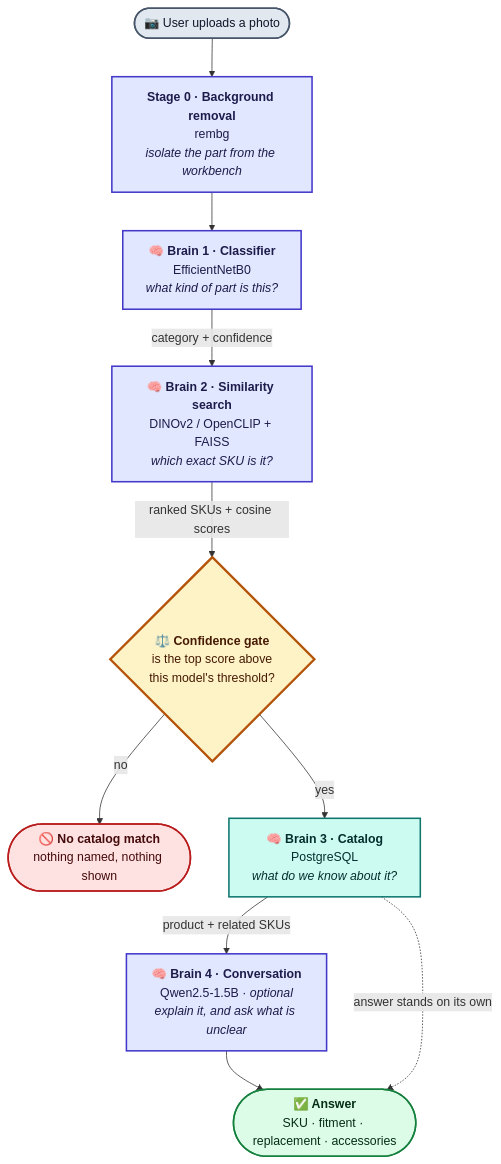
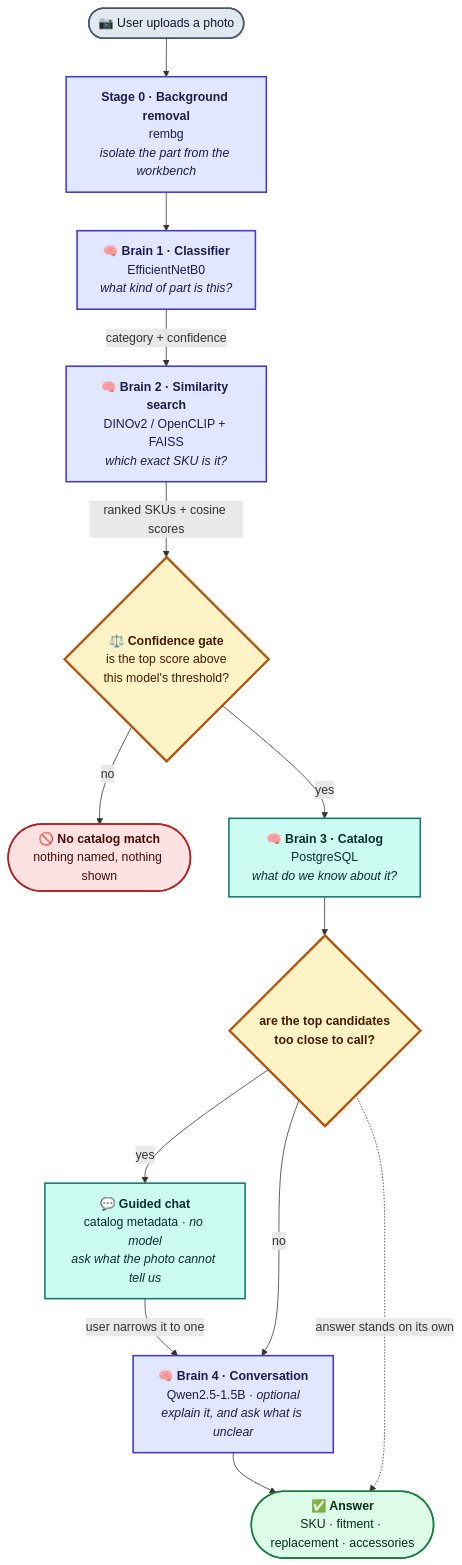
Before and after one commit to zubariyasulekaz/Parts-Detection-Hackathon: the diagram in README.md, drawn with Mermaid. The commit also changed other lines of this file, not shown here.

First line of the commit message:
Document the guided chat and the Brain 4 runtime change

````diff
--- a/README.md
+++ b/README.md
@@ -192,39 +193,44 @@
 ```mermaid
 flowchart TD
     U(["📷 User uploads a photo"]) --> BG
 
     BG["<b>Stage 0 · Background removal</b><br/>rembg<br/><i>isolate the part from the workbench</i>"]
     BG --> B1
 
     B1["<b>🧠 Brain 1 · Classifier</b><br/>EfficientNetB0<br/><i>what kind of part is this?</i>"]
     B1 -->|"category + confidence"| B2
 
     B2["<b>🧠 Brain 2 · Similarity search</b><br/>DINOv2 / OpenCLIP + FAISS<br/><i>which exact SKU is it?</i>"]
     B2 -->|"ranked SKUs + cosine scores"| GATE
 
     GATE{"<b>⚖️ Confidence gate</b><br/>is the top score above<br/>this model's threshold?"}
     GATE -->|"no"| REFUSE(["<b>🚫 No catalog match</b><br/>nothing named, nothing shown"])
     GATE -->|"yes"| B3
 
     B3["<b>🧠 Brain 3 · Catalog</b><br/>PostgreSQL<br/><i>what do we know about it?</i>"]
-    B3 -->|"product + related SKUs"| B4
+    B3 --> TIE
+
+    TIE{"<b>are the top candidates<br/>too close to call?</b>"}
+    TIE -->|"yes"| CHAT["<b>💬 Guided chat</b><br/>catalog metadata · <i>no model</i><br/><i>ask what the photo cannot tell us</i>"]
+    CHAT -->|"user narrows it to one"| B4
+    TIE -->|"no"| B4
 
     B4["<b>🧠 Brain 4 · Conversation</b><br/>Qwen2.5-1.5B · <i>optional</i><br/><i>explain it, and ask what is unclear</i>"]
     B4 --> OUT(["<b>✅ Answer</b><br/>SKU · fitment · replacement · accessories"])
 
-    B3 -.->|"answer stands on its own"| OUT
+    TIE -.->|"answer stands on its own"| OUT
 
     classDef model fill:#e0e7ff,stroke:#4338ca,stroke-width:2px,color:#1e1b4b
     classDef data fill:#ccfbf1,stroke:#0f766e,stroke-width:2px,color:#042f2e
     classDef gate fill:#fef3c7,stroke:#b45309,stroke-width:3px,color:#451a03
     classDef bad fill:#fee2e2,stroke:#b91c1c,stroke-width:2px,color:#450a0a
     classDef good fill:#dcfce7,stroke:#15803d,stroke-width:2px,color:#052e16
     classDef io fill:#e2e8f0,stroke:#475569,stroke-width:2px,color:#0f172a
 
     class BG,B1,B2,B4 model
-    class B3 data
-    class GATE gate
+    class B3,CHAT data
+    class GATE,TIE gate
     class REFUSE bad
     class OUT good
     class U io
 ```
````
